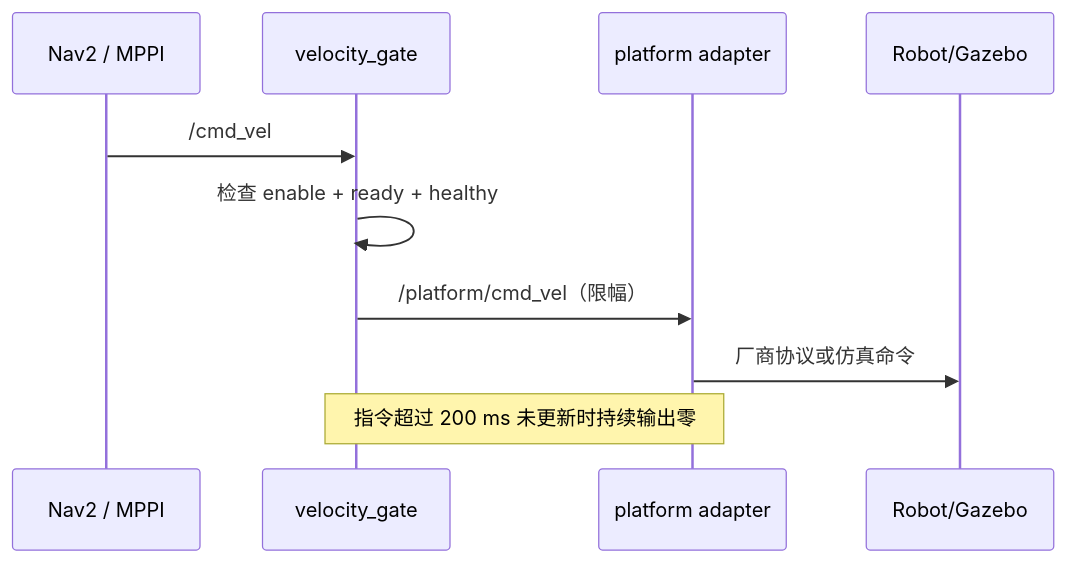
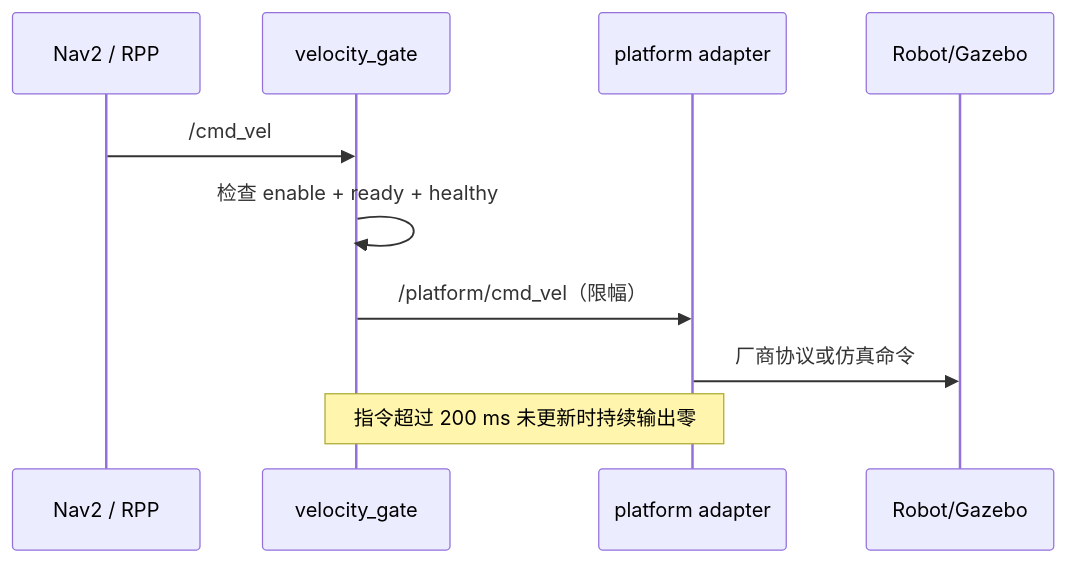
Before and after one commit to hezhou0331/ros2-nav2-mppi-gazebo-repro: the third of 4 diagrams in README.md, drawn with Mermaid. The commit also changed other lines of this file and 40 other files, not shown here.

````diff
--- a/README.md
+++ b/README.md
@@ -94,12 +117,12 @@
 ```mermaid
 sequenceDiagram
-    participant N as Nav2 / MPPI
+    participant N as Nav2 / RPP
     participant G as velocity_gate
     participant A as platform adapter
     participant R as Robot/Gazebo
     N->>G: /cmd_vel
     G->>G: 检查 enable + ready + healthy
     G->>A: /platform/cmd_vel（限幅）
     A->>R: 厂商协议或仿真命令
     Note over G,A: 指令超过 200 ms 未更新时持续输出零
 ```
````
